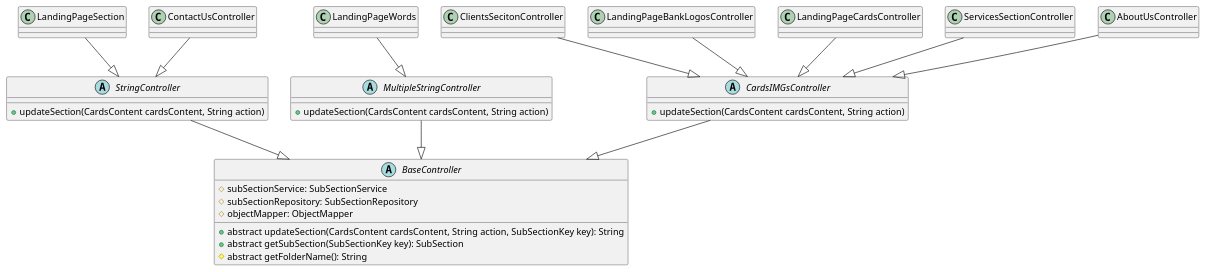
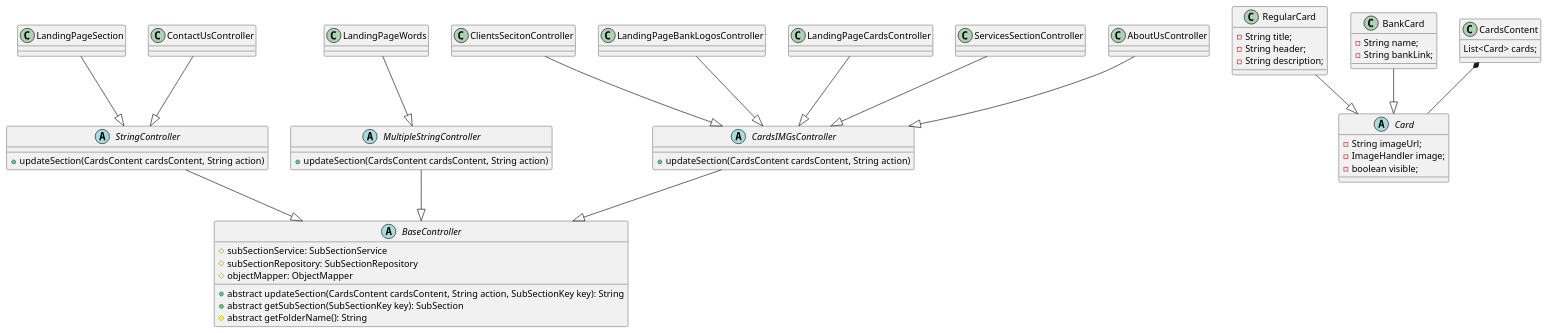
Before and after one commit to aamer867/el.waleed-api: the diagram in docs/uml/cardsIMGsController.puml, drawn with PlantUML. The commit also changed 13 other files, not shown here.

```diff
--- a/docs/uml/cardsIMGsController.puml
+++ b/docs/uml/cardsIMGsController.puml
@@ -1,36 +1,64 @@
 @startuml
 abstract class BaseController {
     #subSectionService: SubSectionService
     #subSectionRepository: SubSectionRepository
     #objectMapper: ObjectMapper
 
     + abstract updateSection(CardsContent cardsContent, String action, SubSectionKey key): String
     + abstract getSubSection(SubSectionKey key): SubSection
     # abstract getFolderName(): String
 }
 
 abstract class StringController {
     + updateSection(CardsContent cardsContent, String action)
 }
 abstract class MultipleStringController {
     + updateSection(CardsContent cardsContent, String action)
 }
 LandingPageWords --|> MultipleStringController
 LandingPageSection --|> StringController
 ContactUsController --|> StringController
 StringController --|> BaseController
 MultipleStringController --|> BaseController
 
 abstract class CardsIMGsController {
     + updateSection(CardsContent cardsContent, String action)
 }
 
 CardsIMGsController --|> BaseController
 
 ClientsSecitonController --|> CardsIMGsController
 LandingPageBankLogosController --|> CardsIMGsController
 LandingPageCardsController --|> CardsIMGsController
 ServicesSectionController --|> CardsIMGsController
 AboutUsController --|> CardsIMGsController
 
+
+Abstract class Card {
+    - String imageUrl;
+    - ImageHandler image;
+    - boolean visible;
+
+}
+
+class RegularCard {
+    - String title;
+    - String header;
+    - String description;
+}
+
+class BankCard {
+    - String name;
+    - String bankLink;
+}
+
+class CardsContent {
+    List<Card> cards;
+}
+
+CardsContent *-- Card
+BankCard --|> Card
+RegularCard --|> Card
+
+
 @enduml
```
